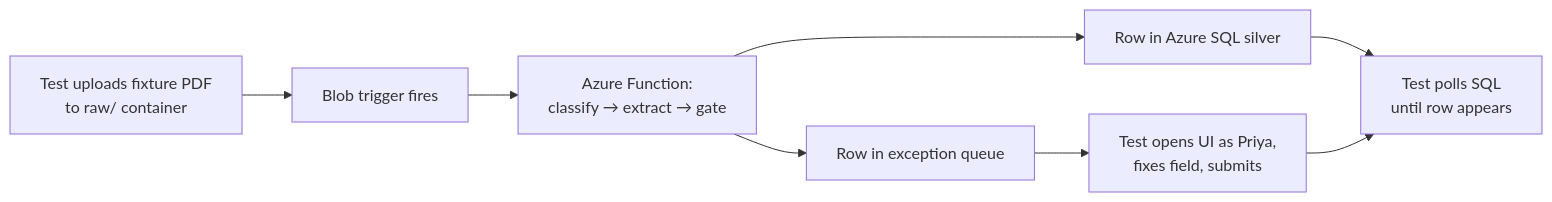
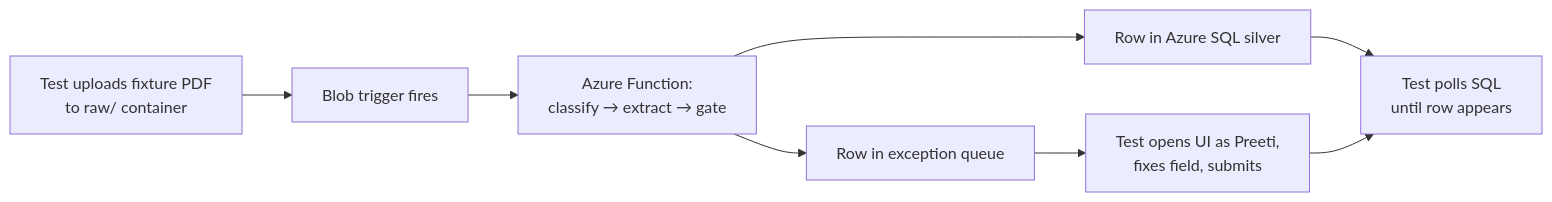
The first of 2 diagrams in AI-Agile-Development/AI-Prompts-Library/phase-5-verify/P22-e2e-test-the-application.md (hemsingh81/learning-system-designs), drawn with Mermaid before and after one commit. The commit also changed other lines of this file and 99 other files, not shown here.

````diff
--- a/AI-Agile-Development/AI-Prompts-Library/phase-5-verify/P22-e2e-test-the-application.md
+++ b/AI-Agile-Development/AI-Prompts-Library/phase-5-verify/P22-e2e-test-the-application.md
@@ -71,10 +71,10 @@
 ```mermaid
 flowchart LR
     A[Test uploads fixture PDF<br/>to raw/ container] --> B[Blob trigger fires]
     B --> C[Azure Function:<br/>classify → extract → gate]
     C --> D[Row in Azure SQL silver]
     C --> E[Row in exception queue]
     D --> F[Test polls SQL<br/>until row appears]
-    E --> G[Test opens UI as Priya,<br/>fixes field, submits]
+    E --> G[Test opens UI as Preeti,<br/>fixes field, submits]
     G --> F
 ```
````
